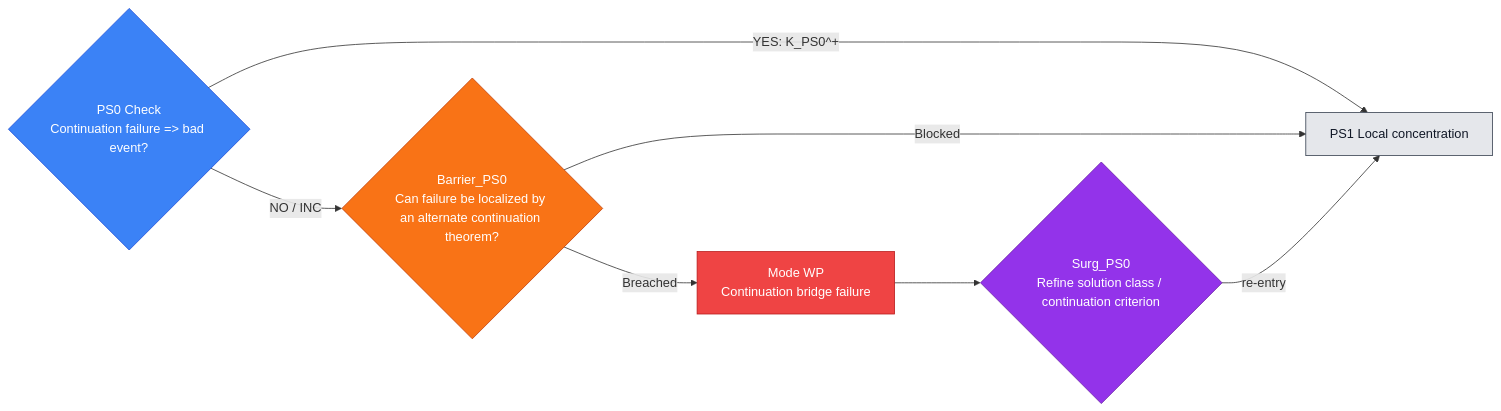
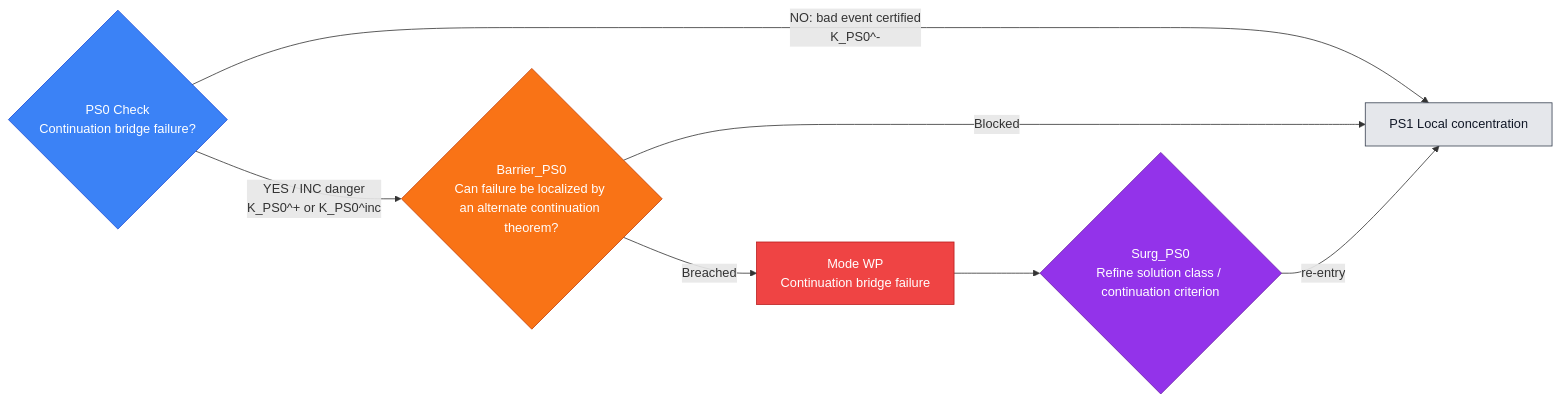
The sixth of 54 diagrams in docs/source/1_hypostructure_formalism/edits/new_sieve.md (Guillemdb/hypostructure), drawn with Mermaid before and after one commit. The commit also changed other lines of this file, not shown here.

````diff
--- a/docs/source/1_hypostructure_formalism/edits/new_sieve.md
+++ b/docs/source/1_hypostructure_formalism/edits/new_sieve.md
@@ -1021,23 +1039,23 @@
 ```mermaid
 flowchart LR
-    C{"PS0 Check<br/>Continuation failure => bad event?"}
-    C -- "YES: K_PS0^+" --> N["PS1 Local concentration"]
-    C -- "NO / INC" --> B{"Barrier_PS0<br/>Can failure be localized by an alternate continuation theorem?"}
+    C{"PS0 Check<br/>Continuation bridge failure?"}
+    C -- "NO: bad event certified<br/>K_PS0^-" --> N["PS1 Local concentration"]
+    C -- "YES / INC danger<br/>K_PS0^+ or K_PS0^inc" --> B{"Barrier_PS0<br/>Can failure be localized by an alternate continuation theorem?"}
     B -- "Blocked" --> N
     B -- "Breached" --> M["Mode WP<br/>Continuation bridge failure"]
     M --> S{"Surg_PS0<br/>Refine solution class / continuation criterion"}
     S -- "re-entry" --> N
 
     classDef check fill:#3b82f6,stroke:#1d4ed8,color:#ffffff;
     classDef barrier fill:#f97316,stroke:#c2410c,color:#ffffff;
     classDef mode fill:#ef4444,stroke:#b91c1c,color:#ffffff;
     classDef surgery fill:#9333ea,stroke:#6b21a8,color:#ffffff;
     classDef next fill:#e5e7eb,stroke:#374151,color:#111827;
     classDef terminal fill:#fef3c7,stroke:#d97706,color:#111827;
 
     class C check;
     class B barrier;
     class M mode;
     class S surgery;
     class N next;
 ```
````
